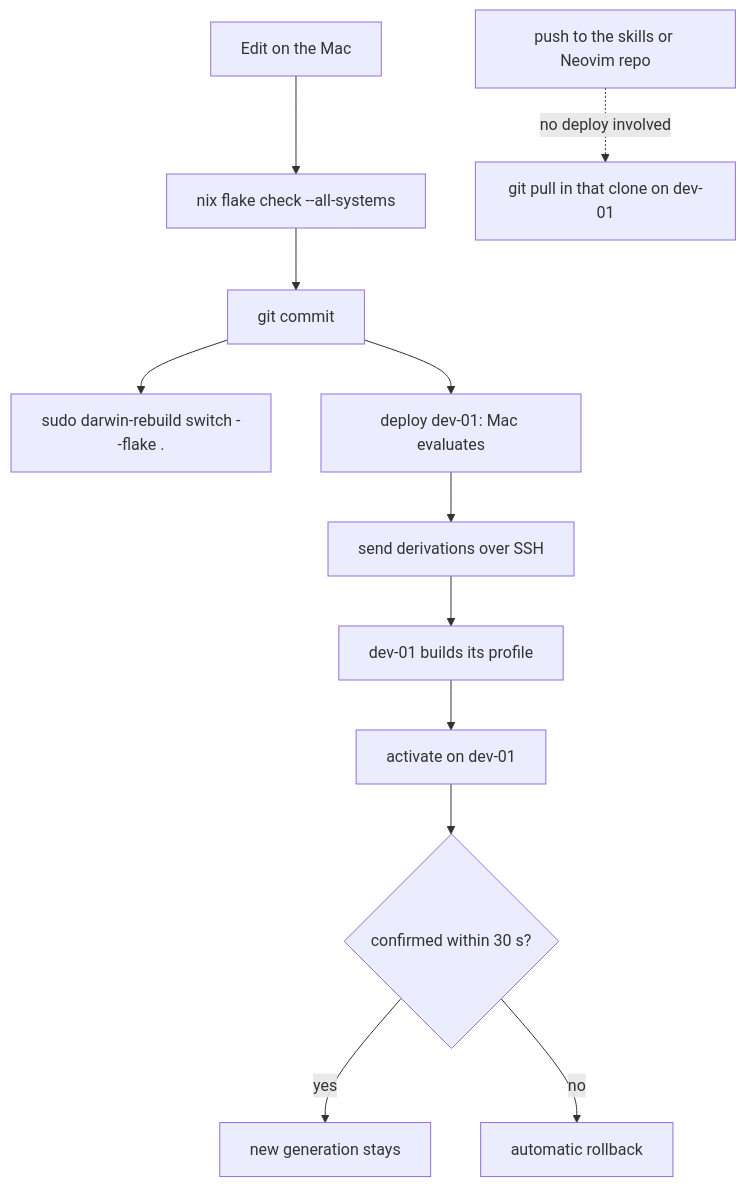
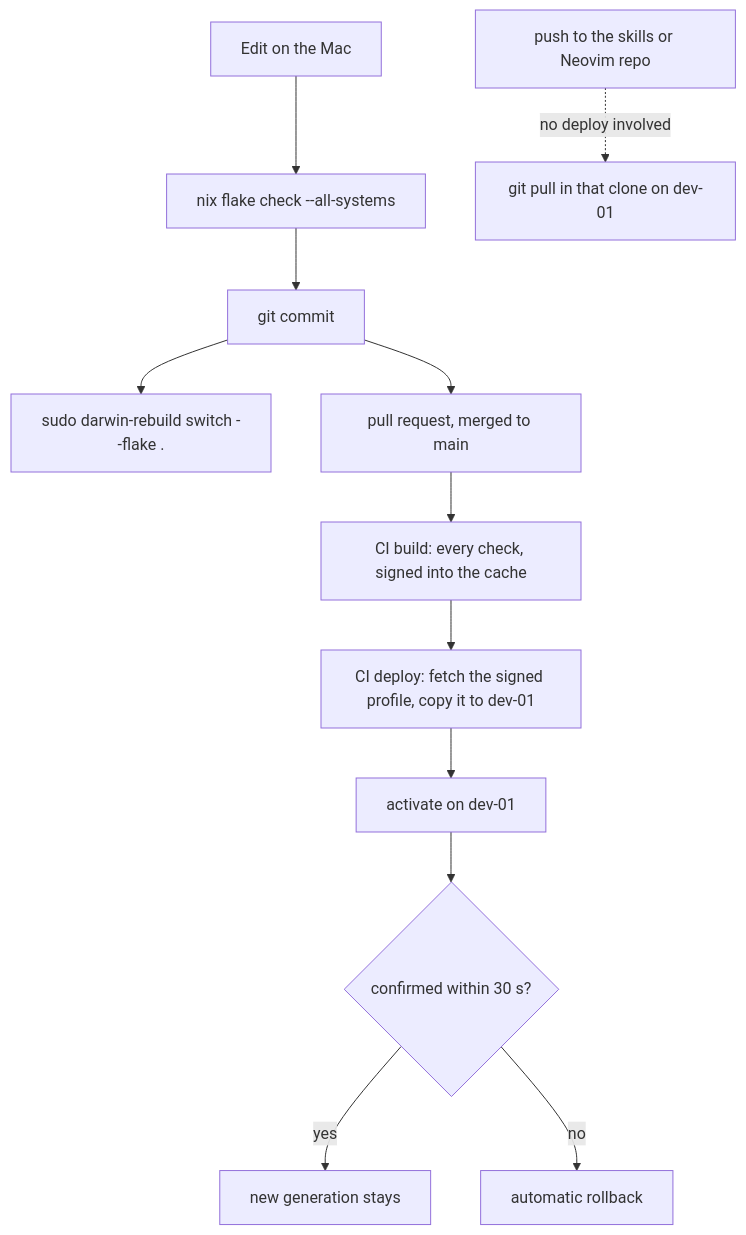
Before and after one commit to mich-murphy/nix-config: the second of 3 diagrams in README.md, drawn with Mermaid. The commit also changed other lines of this file and 5 other files, not shown here.

````diff
--- a/README.md
+++ b/README.md
@@ -189,14 +223,14 @@
 ```mermaid
 flowchart TD
   E["Edit on the Mac"] --> C["nix flake check --all-systems"]
   C --> G["git commit"]
   G --> S["sudo darwin-rebuild switch --flake ."]
-  G --> B["deploy dev-01: Mac evaluates"]
-  B --> CP["send derivations over SSH"]
-  CP --> BD["dev-01 builds its profile"]
-  BD --> A["activate on dev-01"]
+  G --> PR["pull request, merged to main"]
+  PR --> B["CI build: every check, signed into the cache"]
+  B --> D["CI deploy: fetch the signed profile, copy it to dev-01"]
+  D --> A["activate on dev-01"]
   A --> K{"confirmed within 30 s?"}
   K -->|yes| OK["new generation stays"]
   K -->|no| RB["automatic rollback"]
   R["push to the skills or Neovim repo"] -.->|"no deploy involved"| P["git pull in that clone on dev-01"]
 ```
````
